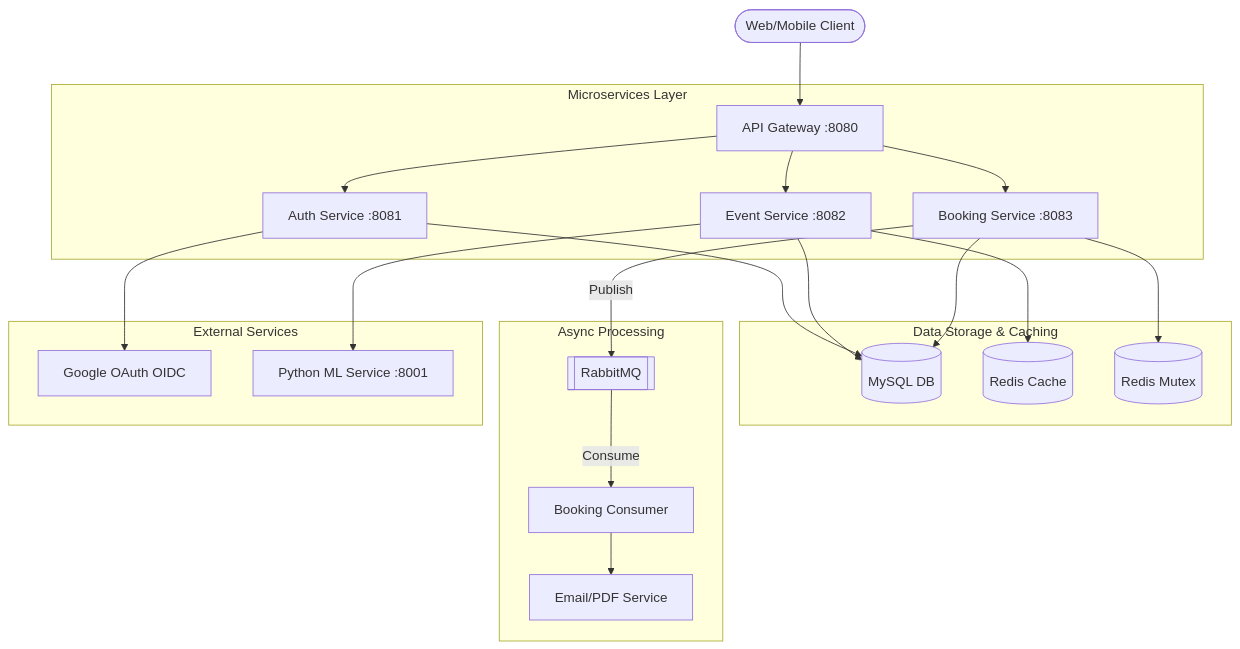
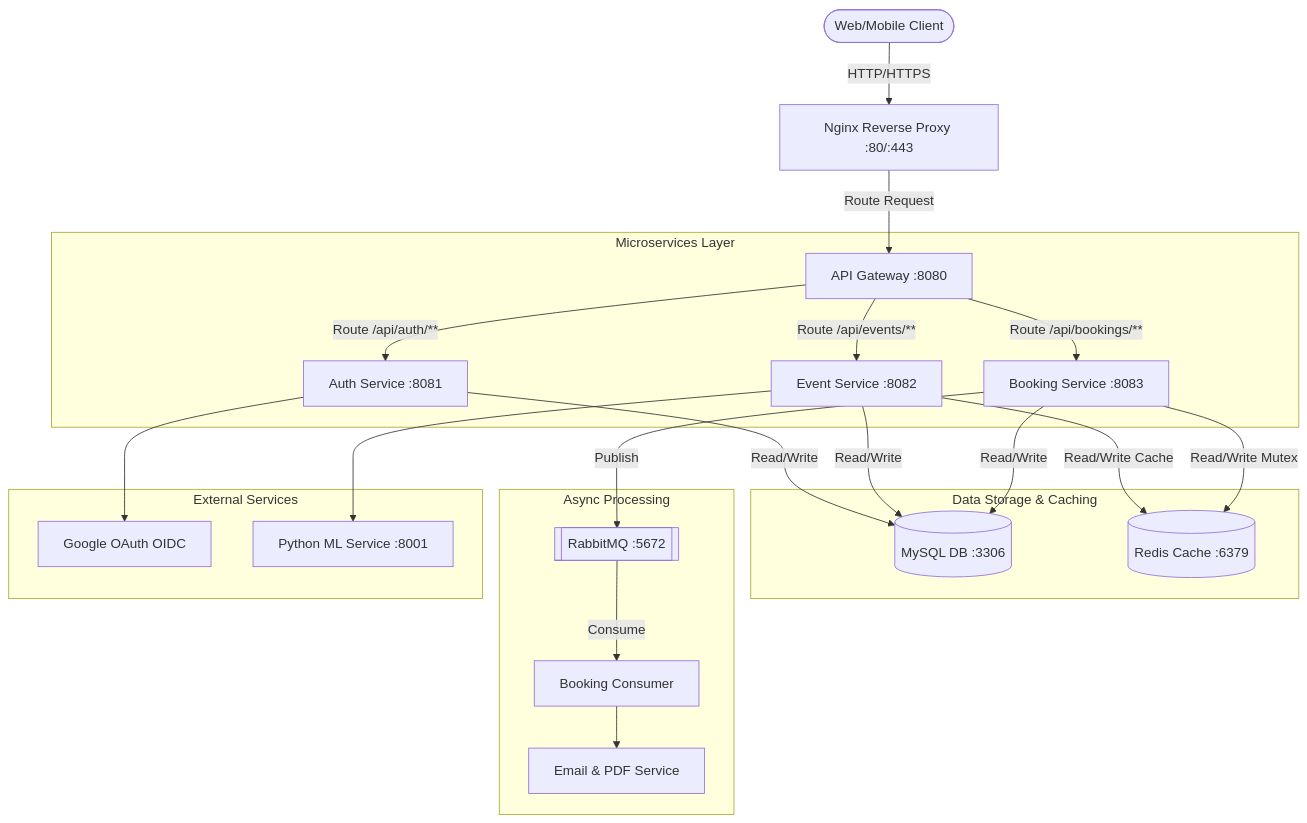
The first of 11 diagrams in README.md (Mahesh5f4/event-management-system), drawn with Mermaid before and after one commit. The commit also changed other lines of this file, not shown here.

Commit message:
docs: upgrade README.md with comprehensive architecture diagrams and deployment guide

````diff
--- a/README.md
+++ b/README.md
@@ -53,29 +57,30 @@
 ```mermaid
 graph TD
-    Client([Web/Mobile Client]) --> Gateway[API Gateway :8080]
+    Client([Web/Mobile Client]) -->|HTTP/HTTPS| Nginx[Nginx Reverse Proxy :80/:443]
+    Nginx -->|Route Request| Gateway[API Gateway :8080]
     
     subgraph "Microservices Layer"
-        Gateway --> Auth[Auth Service :8081]
-        Gateway --> Event[Event Service :8082]
-        Gateway --> Booking[Booking Service :8083]
+        Gateway -->|Route /api/auth/**| Auth[Auth Service :8081]
+        Gateway -->|Route /api/events/**| Event[Event Service :8082]
+        Gateway -->|Route /api/bookings/**| Booking[Booking Service :8083]
     end
     
     subgraph "Data Storage & Caching"
-        Auth --> MySQL[(MySQL DB)]
-        Event --> MySQL
-        Booking --> MySQL
-        Event --> Redis[(Redis Cache)]
-        Booking --> RedisLock[(Redis Mutex)]
+        Auth -->|Read/Write| MySQL[(MySQL DB :3306)]
+        Event -->|Read/Write| MySQL
+        Booking -->|Read/Write| MySQL
+        Event -->|Read/Write Cache| Redis[(Redis Cache :6379)]
+        Booking -->|Read/Write Mutex| Redis
     end
     
     subgraph "Async Processing"
-        Booking -- Publish --> RMQ[[RabbitMQ]]
+        Booking -- Publish --> RMQ[[RabbitMQ :5672]]
         RMQ -- Consume --> BookingWorker[Booking Consumer]
-        BookingWorker --> Notification[Email/PDF Service]
+        BookingWorker --> Notification[Email & PDF Service]
     end
     
     subgraph "External Services"
         Auth --> Google[Google OAuth OIDC]
         Event --> ML[Python ML Service :8001]
     end
 ```
````
